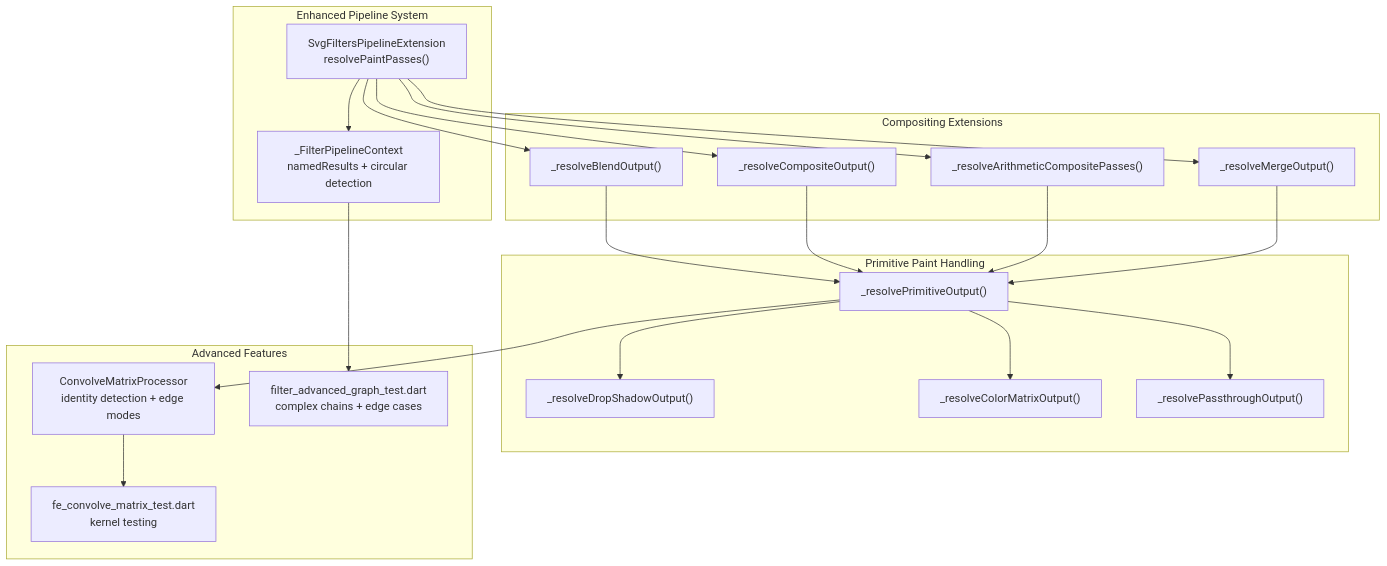
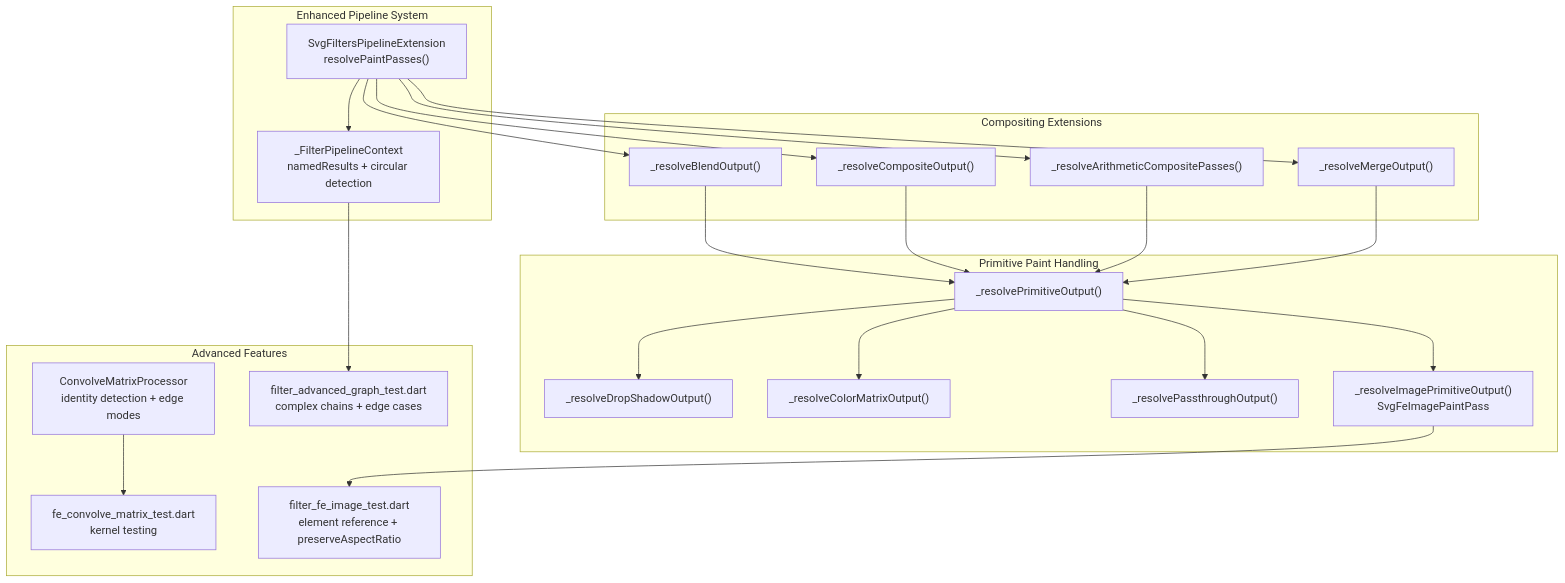
The first of 5 diagrams in .qoder/repowiki/en/content/Animated SVG Support/Advanced Animation Features/SVG Filters and Effects/SVG Filters and Effects.md (denisnadey/flutter_full_svg_support), drawn with Mermaid before and after one commit. The commit also changed other lines of this file and 30 other files, not shown here.

First line of the commit message:
feat(svg): enhance use element symbol inheritance with full CSS cascade support

````diff
--- a/.qoder/repowiki/en/content/Animated SVG Support/Advanced Animation Features/SVG Filters and Effects/SVG Filters and Effects.md
+++ b/.qoder/repowiki/en/content/Animated SVG Support/Advanced Animation Features/SVG Filters and Effects/SVG Filters and Effects.md
@@ -71,39 +81,42 @@
 ```mermaid
 graph TB
 subgraph "Enhanced Pipeline System"
 Pipeline["SvgFiltersPipelineExtension<br/>resolvePaintPasses()"]
 Context["_FilterPipelineContext<br/>namedResults + circular detection"]
 end
 subgraph "Compositing Extensions"
 Blend["_resolveBlendOutput()"]
 Composite["_resolveCompositeOutput()"]
 Arithmetic["_resolveArithmeticCompositePasses()"]
 Merge["_resolveMergeOutput()"]
 end
 subgraph "Primitive Paint Handling"
 PrimitivePaint["_resolvePrimitiveOutput()"]
 DropShadow["_resolveDropShadowOutput()"]
 ColorMatrix["_resolveColorMatrixOutput()"]
 Passthrough["_resolvePassthroughOutput()"]
+FeImage["_resolveImagePrimitiveOutput()<br/>SvgFeImagePaintPass"]
 end
 subgraph "Advanced Features"
 ConvolveProc["ConvolveMatrixProcessor<br/>identity detection + edge modes"]
 GraphTest["filter_advanced_graph_test.dart<br/>complex chains + edge cases"]
 ConvolveTest["fe_convolve_matrix_test.dart<br/>kernel testing"]
+FeImageTest["filter_fe_image_test.dart<br/>element reference + preserveAspectRatio"]
 end
 Pipeline --> Context
 Pipeline --> Blend
 Pipeline --> Composite
 Pipeline --> Arithmetic
 Pipeline --> Merge
 Blend --> PrimitivePaint
 Composite --> PrimitivePaint
 Arithmetic --> PrimitivePaint
 Merge --> PrimitivePaint
 PrimitivePaint --> DropShadow
 PrimitivePaint --> ColorMatrix
 PrimitivePaint --> Passthrough
-PrimitivePaint --> ConvolveProc
+PrimitivePaint --> FeImage
 Context --> GraphTest
 ConvolveProc --> ConvolveTest
+FeImage --> FeImageTest
 ```
````
